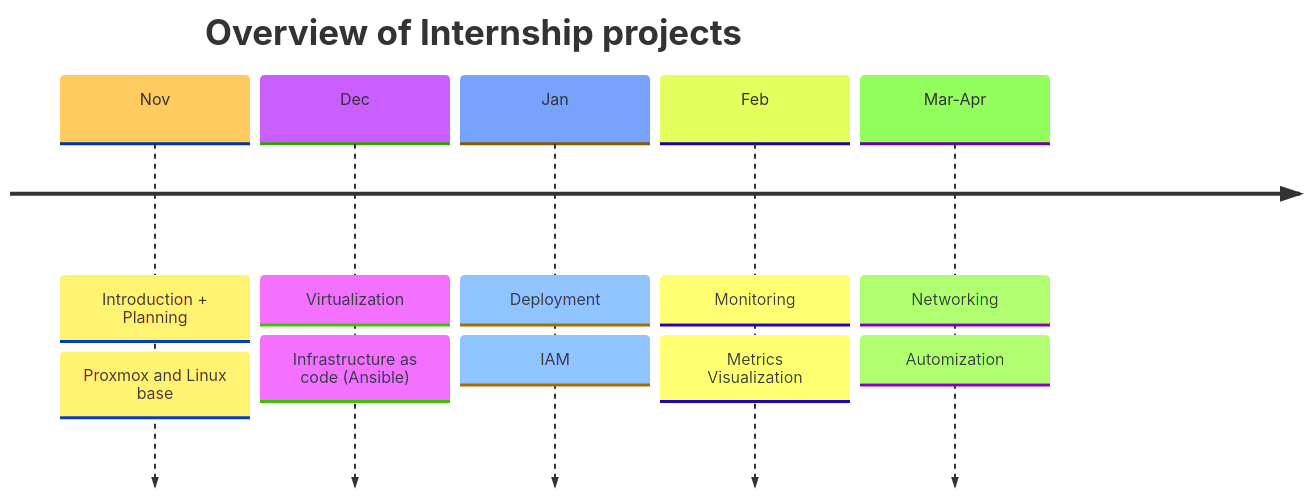
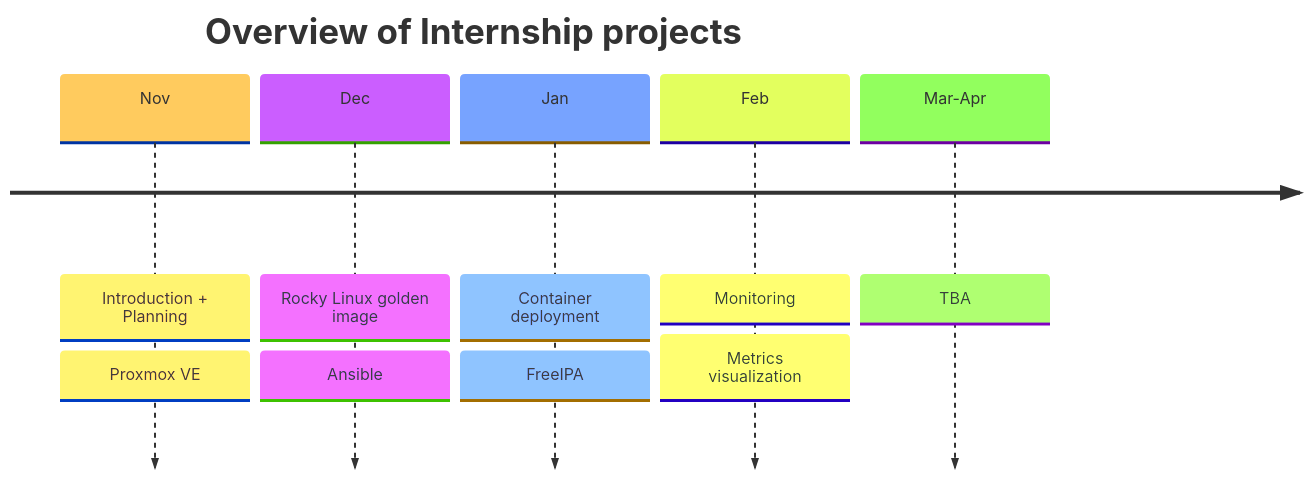
The diagram in Extra/Mermaid/Projects.md (rafaelurrutiasilva/Proxmox_on_Nuc), drawn with Mermaid before and after one commit.

````diff
--- a/Extra/Mermaid/Projects.md
+++ b/Extra/Mermaid/Projects.md
@@ -1,14 +1,13 @@
 ```mermaid
 %%{init: { 'logLevel': 'debug', 'theme': 'base' } }%%
 timeline
     title Overview of Internship projects
     Nov : Introduction + Planning
-        : Proxmox and Linux base
-    Dec : Virtualization : Infrastructure as code (Ansible)
-    Jan : Deployment
-         : IAM
-    Feb : Monitoring : Metrics Visualization
-    Mar-Apr : Networking
-        : Automization
-    
+        : Proxmox VE
+    Dec : Rocky Linux golden image : Ansible
+    Jan : Container deployment
+         : FreeIPA
+    Feb : Monitoring : Metrics visualization
+    Mar-Apr : TBA
+
 ```
````
